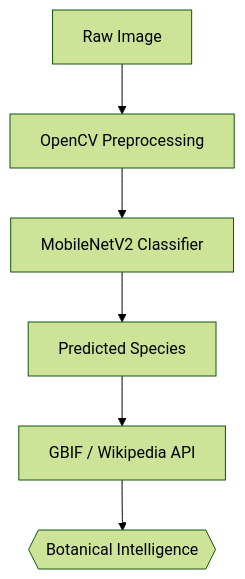
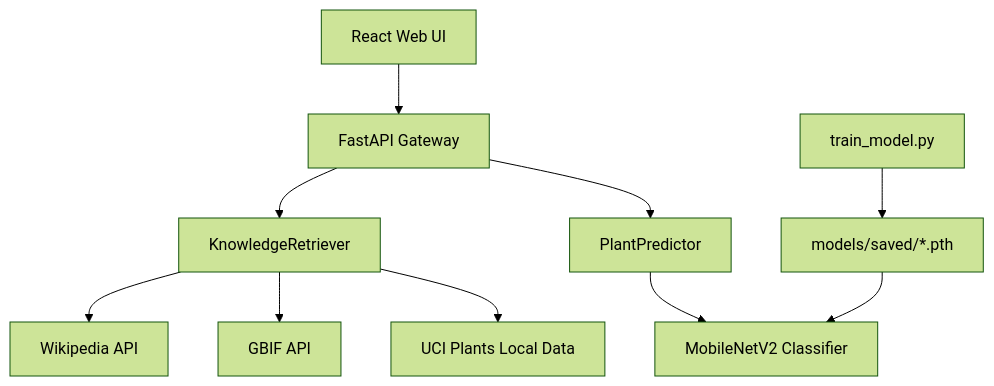
One commit to fallofpheonix/TerraHerb changed the diagram in README.md. Above: the diagram before and after it, drawn with Mermaid (forest theme). The commit also changed other lines of this file and 38 other files, not shown here.

````diff
--- a/README.md
+++ b/README.md
@@ -16,8 +16,12 @@
 ```mermaid
 graph TD
-    Image[Raw Image] --> Pre[OpenCV Preprocessing]
-    Pre --> CNN[MobileNetV2 Classifier]
-    CNN --> Species[Predicted Species]
-    Species --> API[GBIF / Wikipedia API]
-    API --> Knowledge{{Botanical Intelligence}}
+    UI[React Web UI] --> API[FastAPI Gateway]
+    API --> INF[PlantPredictor]
+    INF --> CLS[MobileNetV2 Classifier]
+    API --> KR[KnowledgeRetriever]
+    KR --> UCI[UCI Plants Local Data]
+    KR --> GBIF[GBIF API]
+    KR --> WIKI[Wikipedia API]
+    TRAIN[train_model.py] --> WEIGHTS[models/saved/*.pth]
+    WEIGHTS --> CLS
 ```
````
